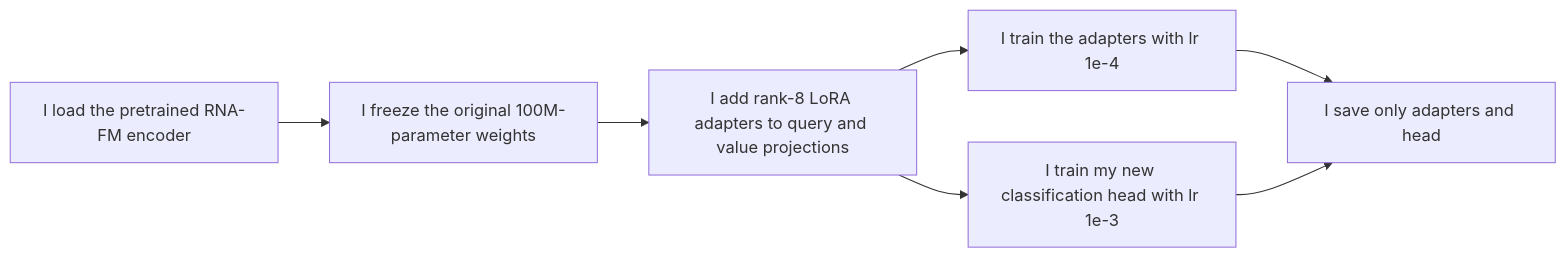
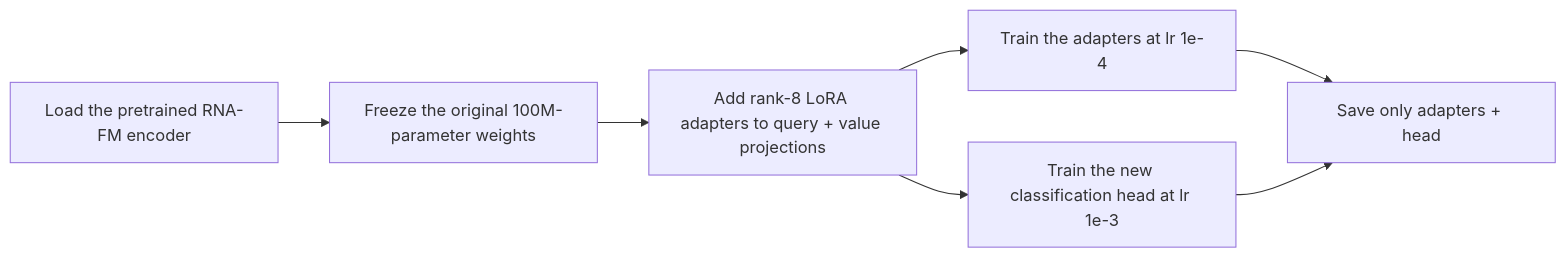
One commit to NirmalKumar31/rbp-binding changed diagram 11 of 25 in README.md. Above: the diagram before and after it, drawn with Mermaid. The commit also changed other lines of this file, not shown here.

Commit message:
docs: neutralize first-person voice inside mermaid diagram labels

````diff
--- a/README.md
+++ b/README.md
@@ -420,9 +420,9 @@
 ```mermaid
 flowchart LR
-    A["I load the pretrained RNA-FM encoder"] --> B["I freeze the original 100M-parameter weights"]
-    B --> C["I add rank-8 LoRA adapters to query and value projections"]
-    C --> D["I train the adapters with lr 1e-4"]
-    C --> E["I train my new classification head with lr 1e-3"]
-    D --> F["I save only adapters and head"]
+    A["Load the pretrained RNA-FM encoder"] --> B["Freeze the original 100M-parameter weights"]
+    B --> C["Add rank-8 LoRA adapters to query + value projections"]
+    C --> D["Train the adapters at lr 1e-4"]
+    C --> E["Train the new classification head at lr 1e-3"]
+    D --> F["Save only adapters + head"]
     E --> F
 ```
````
